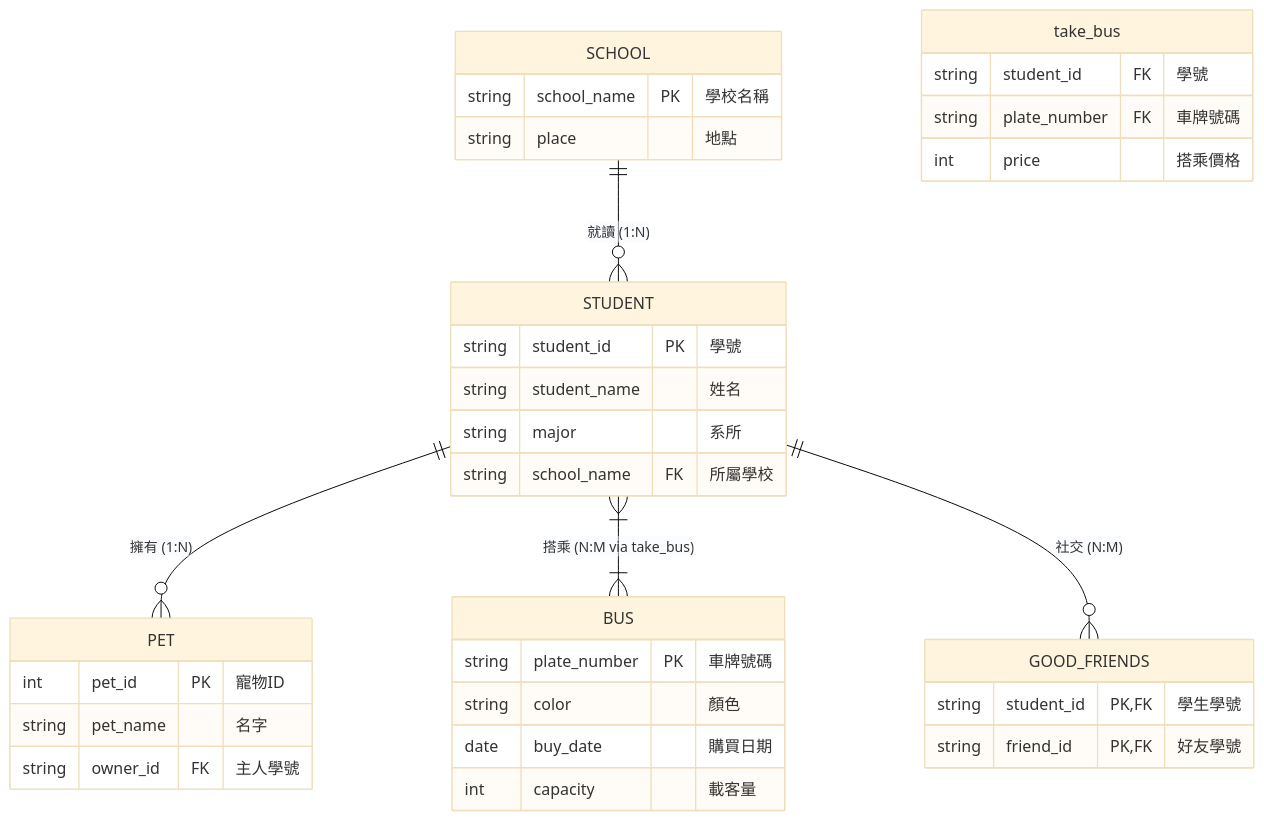
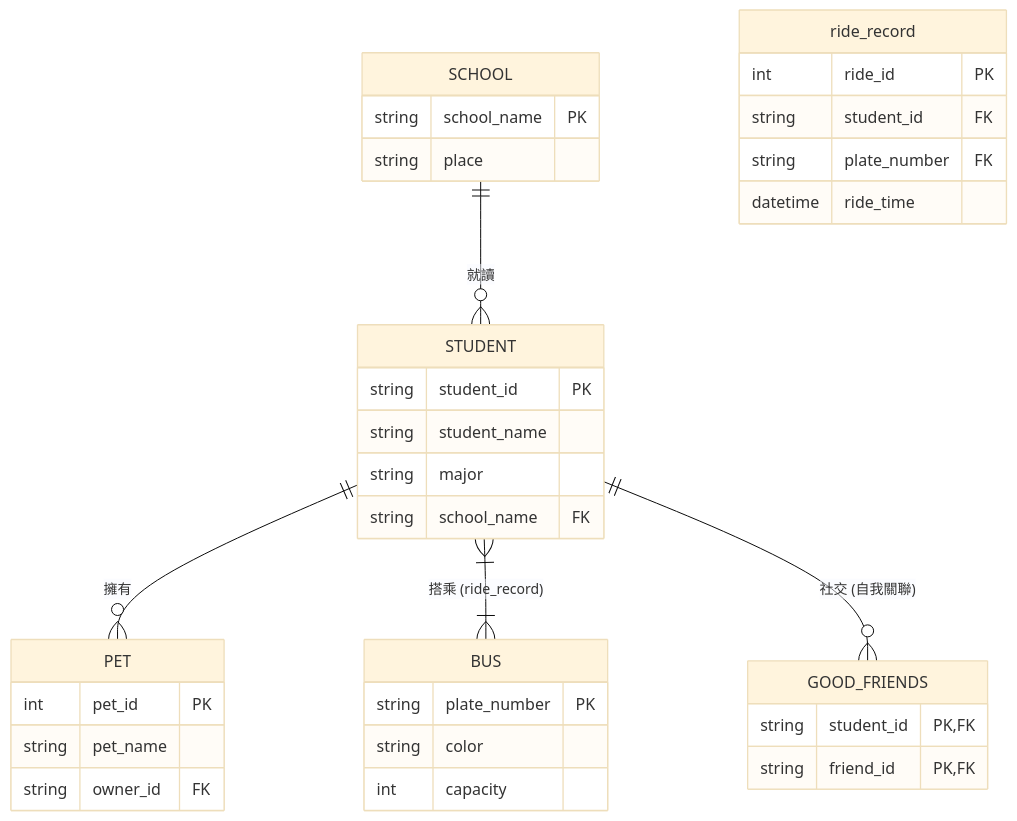
One commit to Liao941202/Liao.github.io changed the diagram in README.md. Above: the diagram before and after it, drawn with Mermaid (base theme). The commit also changed other lines of this file, not shown here.

````diff
--- a/README.md
+++ b/README.md
@@ -7,43 +13,43 @@
 ```mermaid
 erDiagram
-    SCHOOL ||--o{ STUDENT : "就讀 (1:N)"
-    STUDENT ||--o{ PET : "擁有 (1:N)"
-    STUDENT }|--|{ BUS : "搭乘 (N:M via take_bus)"
-    STUDENT ||--o{ GOOD_FRIENDS : "社交 (N:M)"
+    SCHOOL ||--o{ STUDENT : "就讀"
+    STUDENT ||--o{ PET : "擁有"
+    STUDENT }|--|{ BUS : "搭乘 (ride_record)"
+    STUDENT ||--o{ GOOD_FRIENDS : "社交 (自我關聯)"
 
     SCHOOL {
-        string school_name PK "學校名稱"
-        string place "地點"
+        string school_name PK
+        string place
     }
 
     STUDENT {
-        string student_id PK "學號"
-        string student_name "姓名"
-        string major "系所"
-        string school_name FK "所屬學校"
+        string student_id PK
+        string student_name
+        string major
+        string school_name FK
     }
 
     BUS {
-        string plate_number PK "車牌號碼"
-        string color "顏色"
-        date buy_date "購買日期"
-        int capacity "載客量"
+        string plate_number PK
+        string color
+        int capacity
     }
 
-    take_bus {
-        string student_id FK "學號"
-        string plate_number FK "車牌號碼"
-        int price "搭乘價格"
+    ride_record {
+        int ride_id PK
+        string student_id FK
+        string plate_number FK
+        datetime ride_time
     }
 
     PET {
-        int pet_id PK "寵物ID"
-        string pet_name "名字"
-        string owner_id FK "主人學號"
+        int pet_id PK
+        string pet_name
+        string owner_id FK
     }
 
     GOOD_FRIENDS {
-        string student_id PK,FK "學生學號"
-        string friend_id PK,FK "好友學號"
+        string student_id PK,FK
+        string friend_id PK,FK
     }
 ```
````
